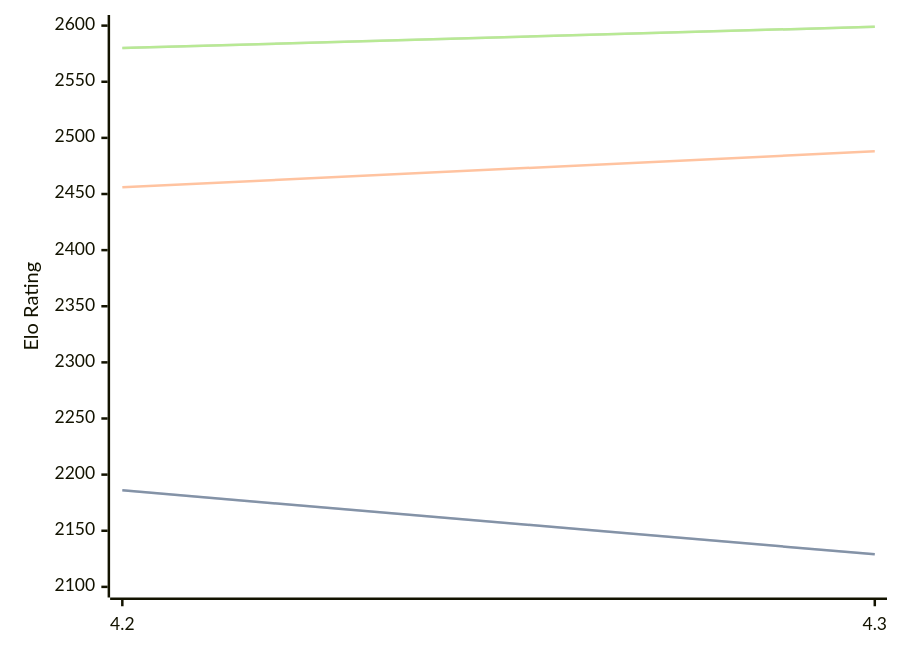
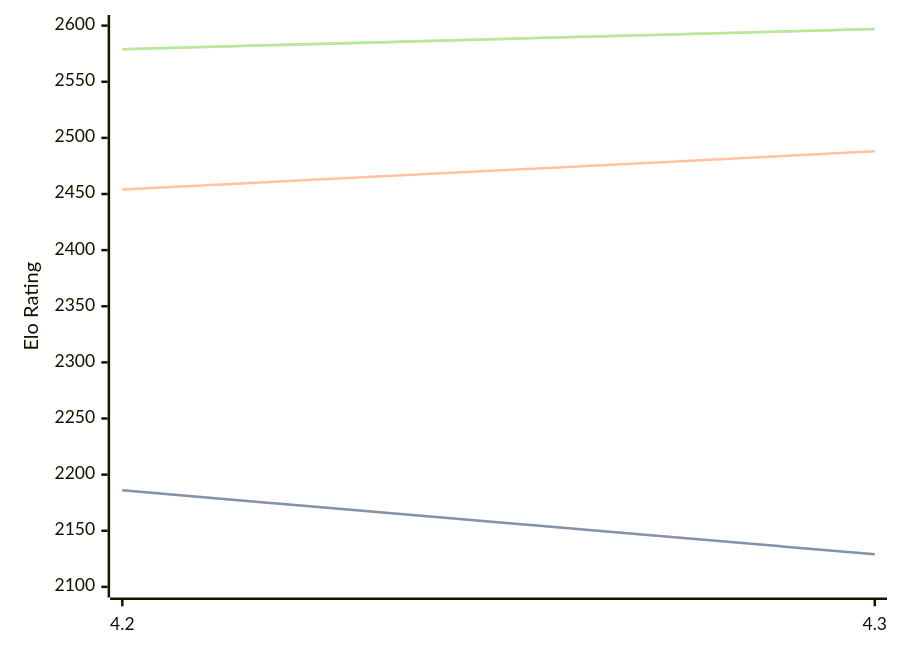
Before and after one commit to computer-chess-index/cci: the diagram in engines/Eubos.md, drawn with Mermaid. The commit also changed other lines of this file, not shown here.

Commit message:
Update CCI Ratings (ELO VLTC) - 2026-04-07

````diff
--- a/engines/Eubos.md
+++ b/engines/Eubos.md
@@ -88,11 +88,11 @@
 ```mermaid
 %%{init: {"theme":"base","themeVariables":{"seriesColors:['#a3a3a3','#222221','#faa371']}}}%%
 xychart-beta
   x-axis ["4.2", "4.3"]
   y-axis "Elo Rating" 2100 --> 2600
   line "STC (8.0+0.08s)" [2186, 2129]
   line "STC (8.0+0.08s)" [2186, 2129]
-  line "LTC (60.0+0.60s)" [2456, 2488]
-  line "VLTC (2m24s+1.12s)" [2580, 2599]
-  line "VLTC (2m24s+1.12s)" [2580, 2599]
+  line "LTC (60.0+0.60s)" [2454, 2488]
+  line "VLTC (2m24s+1.12s)" [2579, 2597]
+  line "VLTC (2m24s+1.12s)" [2579, 2597]
 ```
````
